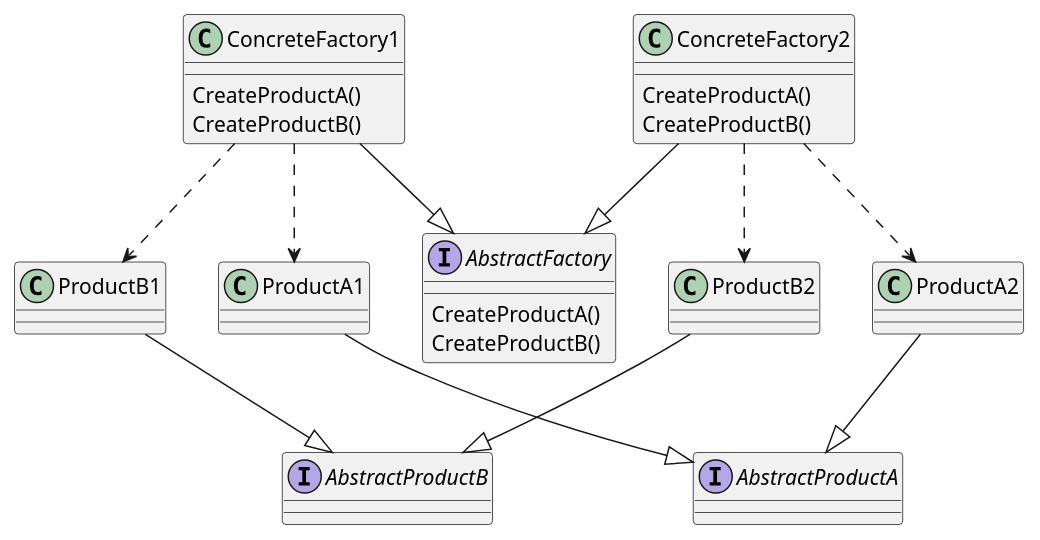
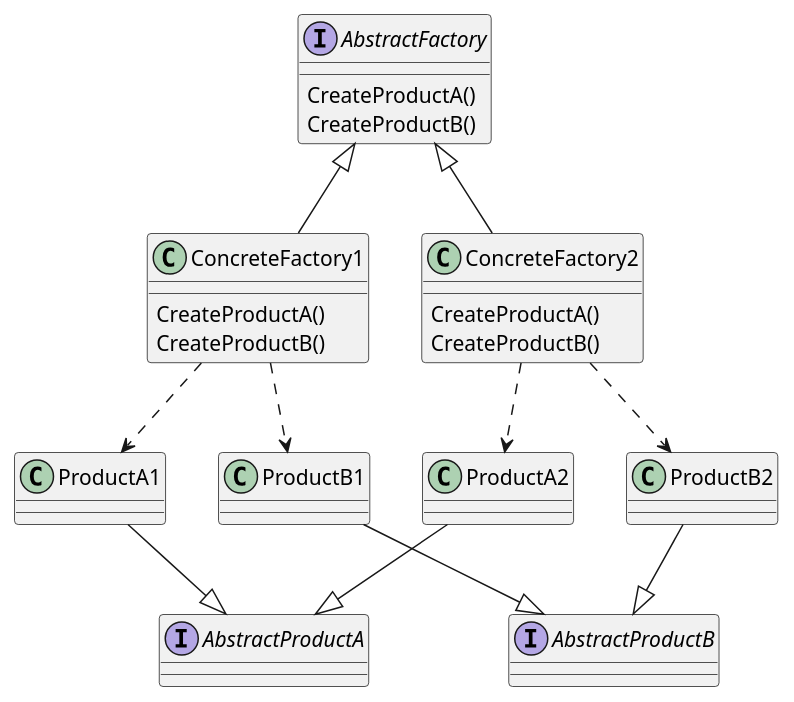
The diagram in creational_patterns/abstract_factory.puml (sirejik/software-design-patterns), drawn with PlantUML before and after one commit. The commit also changed 2 other files, not shown here.

```diff
--- a/creational_patterns/abstract_factory.puml
+++ b/creational_patterns/abstract_factory.puml
@@ -1,36 +1,36 @@
 @startuml
 
 interface AbstractFactory {
     CreateProductA()
     CreateProductB()
 }
 class ConcreteFactory1 {
     CreateProductA()
     CreateProductB()
 }
 class ConcreteFactory2 {
     CreateProductA()
     CreateProductB()
 }
-ConcreteFactory1 --|> AbstractFactory
-ConcreteFactory2 --|> AbstractFactory
+AbstractFactory <|-- ConcreteFactory1
+AbstractFactory <|-- ConcreteFactory2
 
 interface AbstractProductA
 class ProductA1
 class ProductA2
 ProductA1 --|> AbstractProductA
 ProductA2 --|> AbstractProductA
 
 interface AbstractProductB
 class ProductB1
 class ProductB2
 ProductB1 --|> AbstractProductB
 ProductB2 --|> AbstractProductB
 
 ConcreteFactory1 ..> ProductA1
 ConcreteFactory1 ..> ProductB1
 
 ConcreteFactory2 ..> ProductA2
 ConcreteFactory2 ..> ProductB2
 
 @enduml
```
